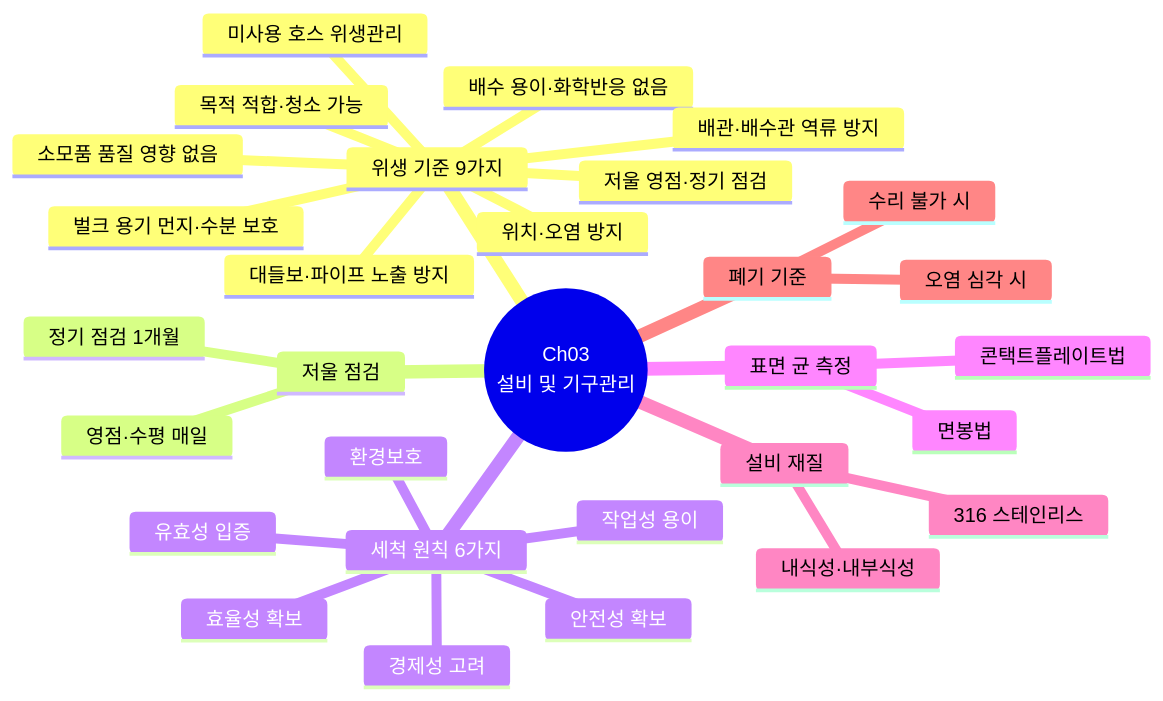
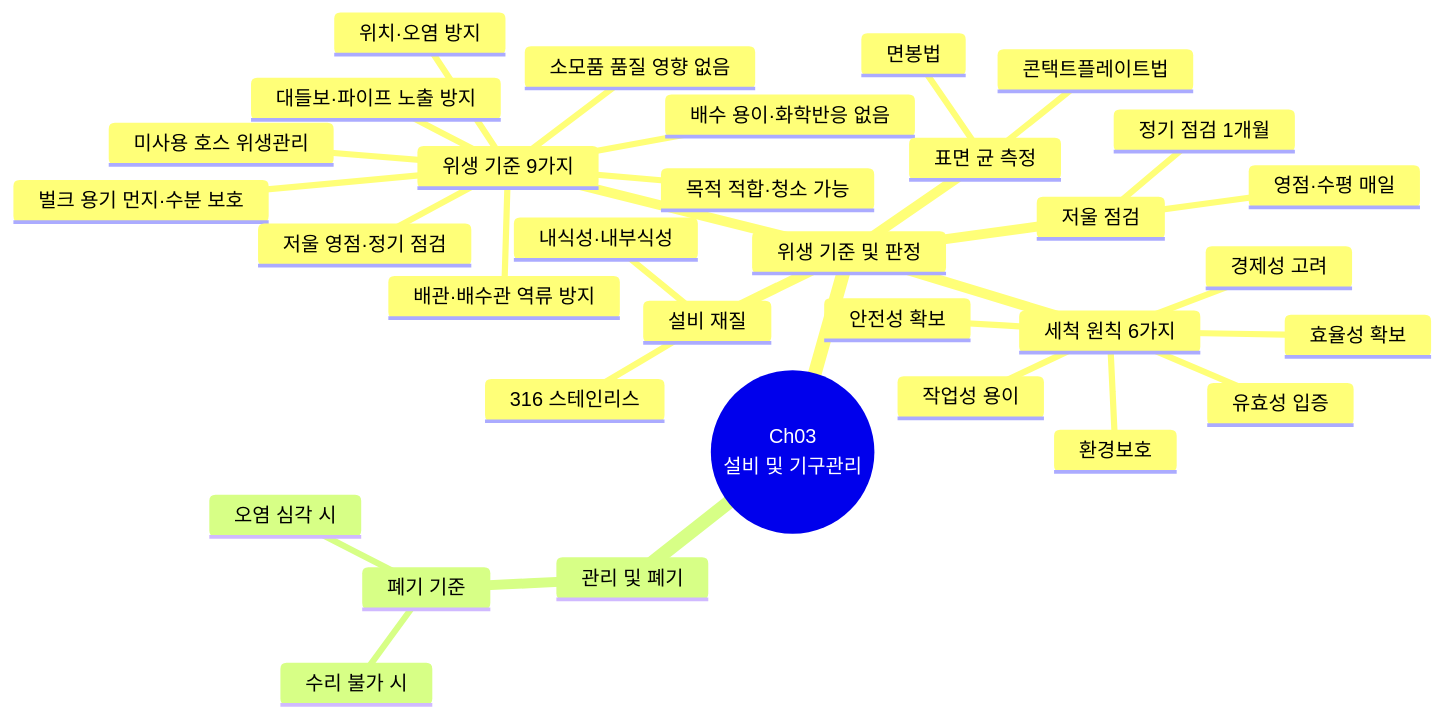
Before and after one commit to skygoldlee-cyber/Personalized_Skincare: the tenth of 12 diagrams in content/교재/safety/3과목_유통화장품안전관리_이야기형.md, drawn with Mermaid. The commit also changed other lines of this file and 11 other files, not shown here.

````diff
--- a/content/교재/safety/3과목_유통화장품안전관리_이야기형.md
+++ b/content/교재/safety/3과목_유통화장품안전관리_이야기형.md
@@ -1626,33 +1634,35 @@
 ```mermaid
 mindmap
  root((Ch03<br/>설비 및 기구관리))
-  위생 기준 9가지
-   목적 적합·청소 가능
-   미사용 호스 위생관리
-   배수 용이·화학반응 없음
-   위치·오염 방지
-   벌크 용기 먼지·수분 보호
-   배관·배수관 역류 방지
-   대들보·파이프 노출 방지
-   소모품 품질 영향 없음
-   저울 영점·정기 점검
-  저울 점검
-   영점·수평 매일
-   정기 점검 1개월
-  세척 원칙 6가지
-   유효성 입증
-   효율성 확보
-   경제성 고려
-   안전성 확보
-   환경보호
-   작업성 용이
-  표면 균 측정
-   면봉법
-   콘택트플레이트법
-  설비 재질
-   316 스테인리스
-   내식성·내부식성
-  폐기 기준
-   수리 불가 시
-   오염 심각 시
+  위생 기준 및 판정
+   위생 기준 9가지
+    목적 적합·청소 가능
+    미사용 호스 위생관리
+    배수 용이·화학반응 없음
+    위치·오염 방지
+    벌크 용기 먼지·수분 보호
+    배관·배수관 역류 방지
+    대들보·파이프 노출 방지
+    소모품 품질 영향 없음
+    저울 영점·정기 점검
+   저울 점검
+    영점·수평 매일
+    정기 점검 1개월
+   세척 원칙 6가지
+    유효성 입증
+    효율성 확보
+    경제성 고려
+    안전성 확보
+    환경보호
+    작업성 용이
+   표면 균 측정
+    면봉법
+    콘택트플레이트법
+   설비 재질
+    316 스테인리스
+    내식성·내부식성
+  관리 및 폐기
+   폐기 기준
+    수리 불가 시
+    오염 심각 시
 ```
````
